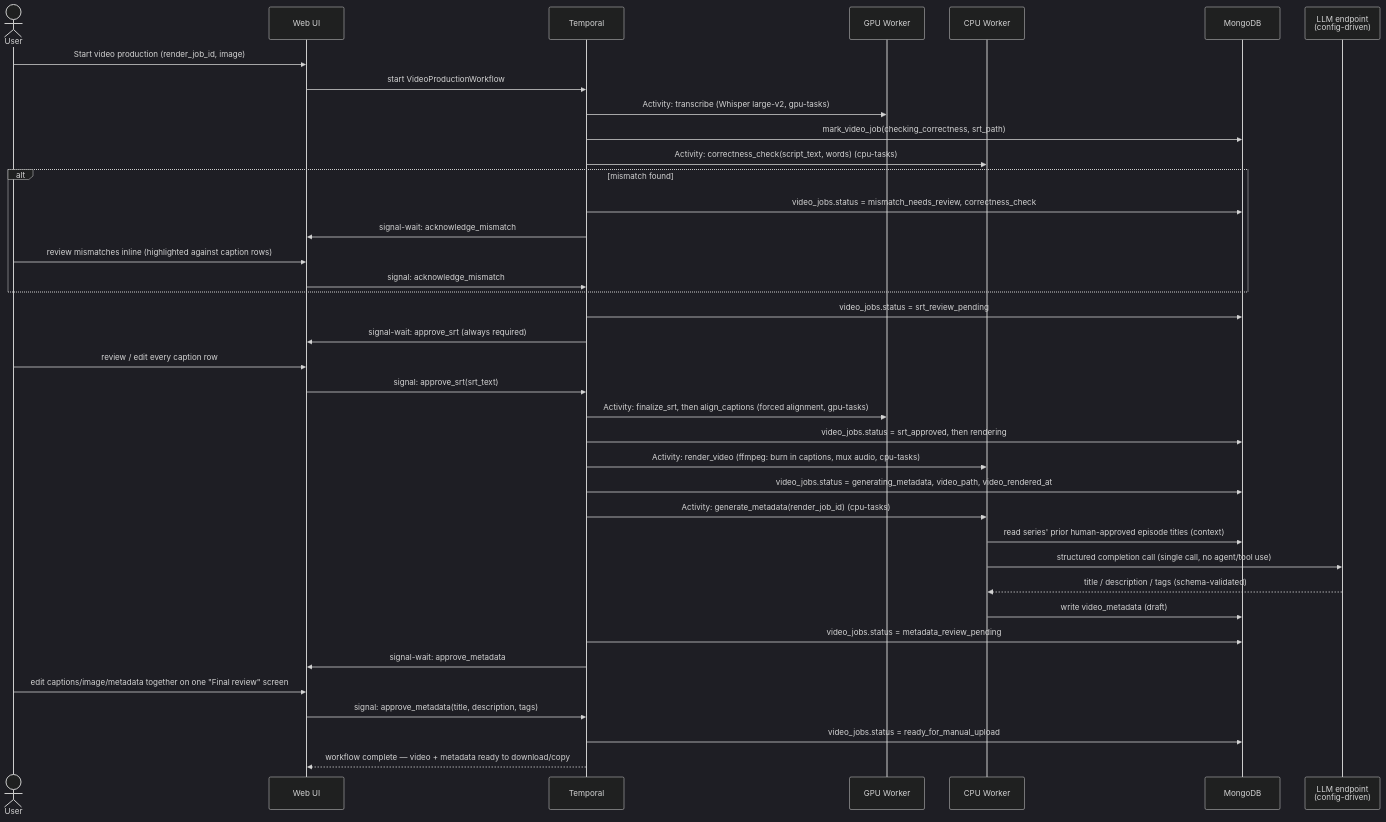
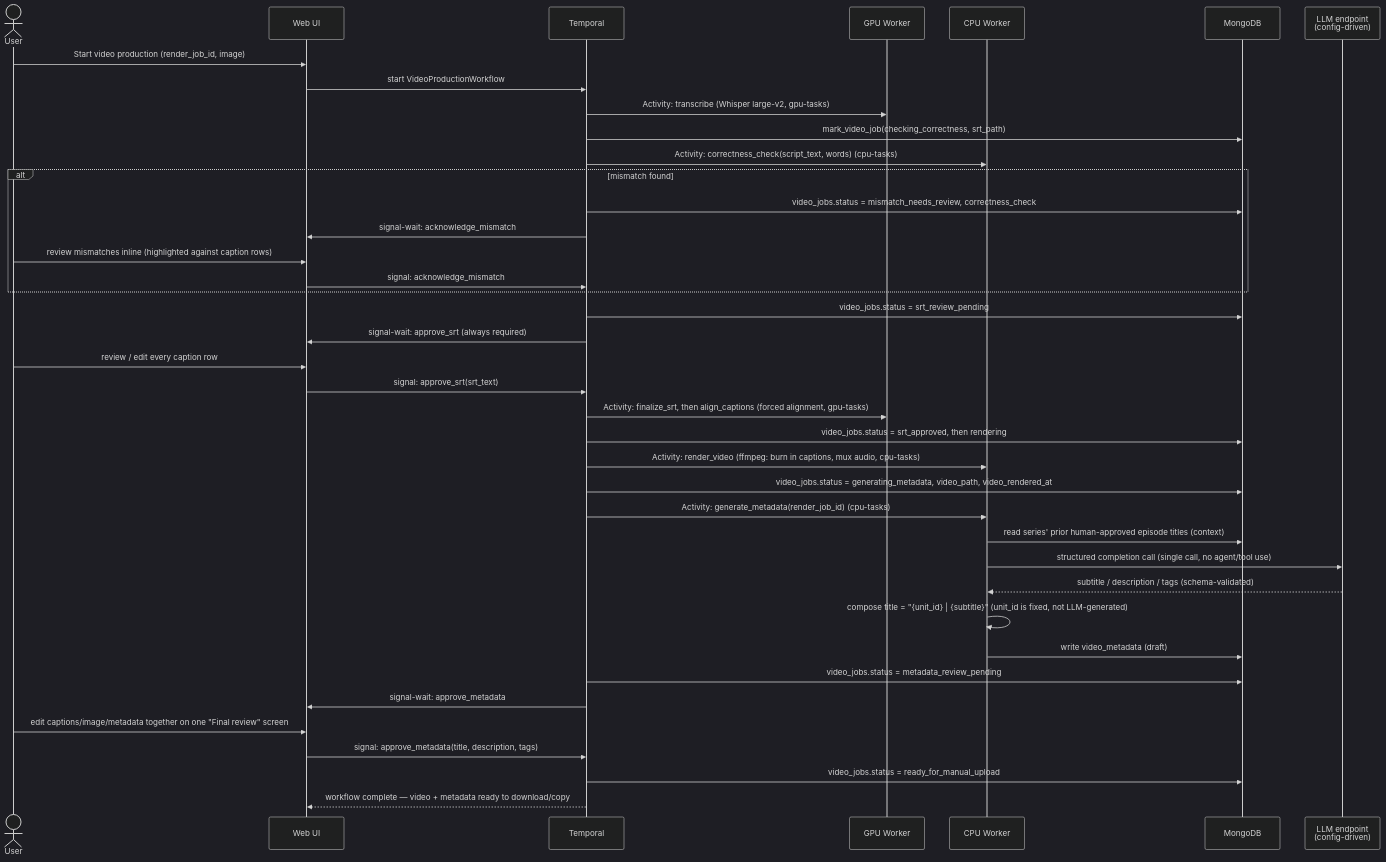
The fifth of 7 diagrams in docs/rfc-narrator-studio.md (geosp/mx-narrator), drawn with Mermaid (dark theme) before and after one commit. The commit also changed other lines of this file and 8 other files, not shown here.

````diff
--- a/docs/rfc-narrator-studio.md
+++ b/docs/rfc-narrator-studio.md
@@ -380,41 +387,42 @@
 ```mermaid
 sequenceDiagram
     actor U as User
     participant UI as Web UI
     participant T as Temporal
     participant GW as GPU Worker
     participant CW as CPU Worker
     participant M as MongoDB
     participant LLM as LLM endpoint<br/>(config-driven)
 
     U->>UI: Start video production (render_job_id, image)
     UI->>T: start VideoProductionWorkflow
     T->>GW: Activity: transcribe (Whisper large-v2, gpu-tasks)
     T->>M: mark_video_job(checking_correctness, srt_path)
     T->>CW: Activity: correctness_check(script_text, words) (cpu-tasks)
     alt mismatch found
         T->>M: video_jobs.status = mismatch_needs_review, correctness_check
         T->>UI: signal-wait: acknowledge_mismatch
         U->>UI: review mismatches inline (highlighted against caption rows)
         UI->>T: signal: acknowledge_mismatch
     end
     T->>M: video_jobs.status = srt_review_pending
     T->>UI: signal-wait: approve_srt (always required)
     U->>UI: review / edit every caption row
     UI->>T: signal: approve_srt(srt_text)
     T->>GW: Activity: finalize_srt, then align_captions (forced alignment, gpu-tasks)
     T->>M: video_jobs.status = srt_approved, then rendering
     T->>CW: Activity: render_video (ffmpeg: burn in captions, mux audio, cpu-tasks)
     T->>M: video_jobs.status = generating_metadata, video_path, video_rendered_at
     T->>CW: Activity: generate_metadata(render_job_id) (cpu-tasks)
     CW->>M: read series' prior human-approved episode titles (context)
     CW->>LLM: structured completion call (single call, no agent/tool use)
-    LLM-->>CW: title / description / tags (schema-validated)
+    LLM-->>CW: subtitle / description / tags (schema-validated)
+    CW->>CW: compose title = "{unit_id} | {subtitle}" (unit_id is fixed, not LLM-generated)
     CW->>M: write video_metadata (draft)
     T->>M: video_jobs.status = metadata_review_pending
     T->>UI: signal-wait: approve_metadata
     U->>UI: edit captions/image/metadata together on one "Final review" screen
     UI->>T: signal: approve_metadata(title, description, tags)
     T->>M: video_jobs.status = ready_for_manual_upload
     T-->>UI: workflow complete — video + metadata ready to download/copy
 ```
````
